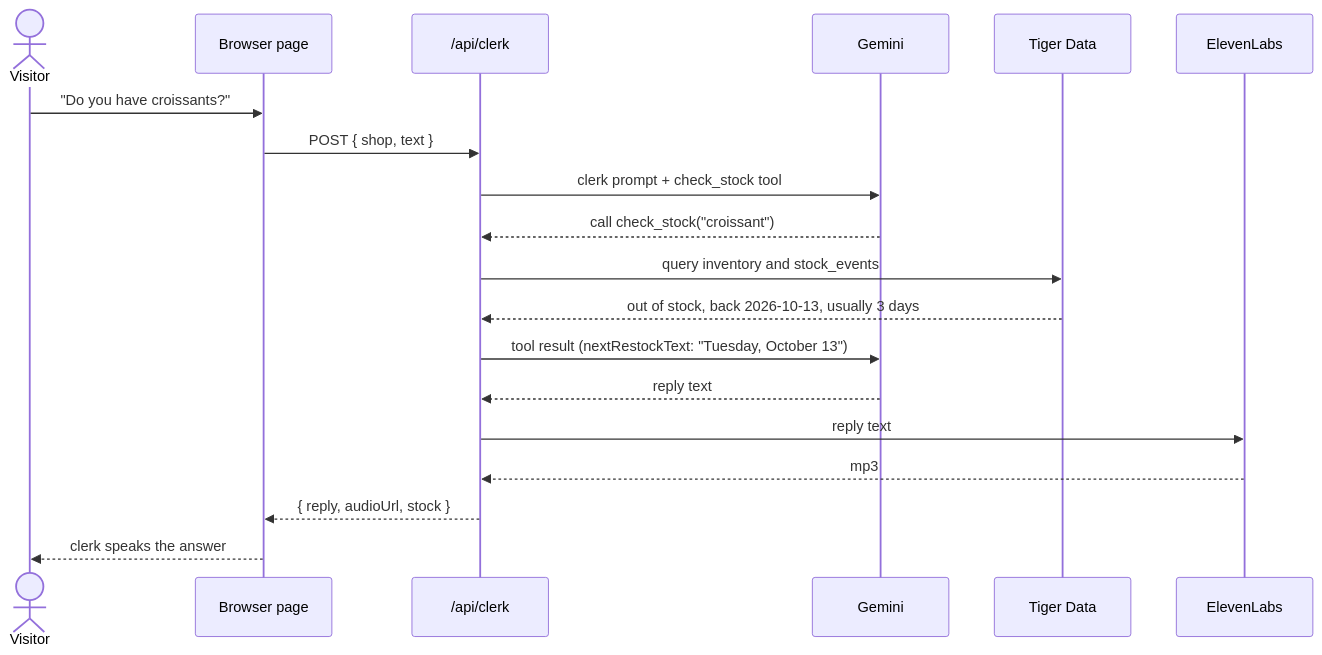
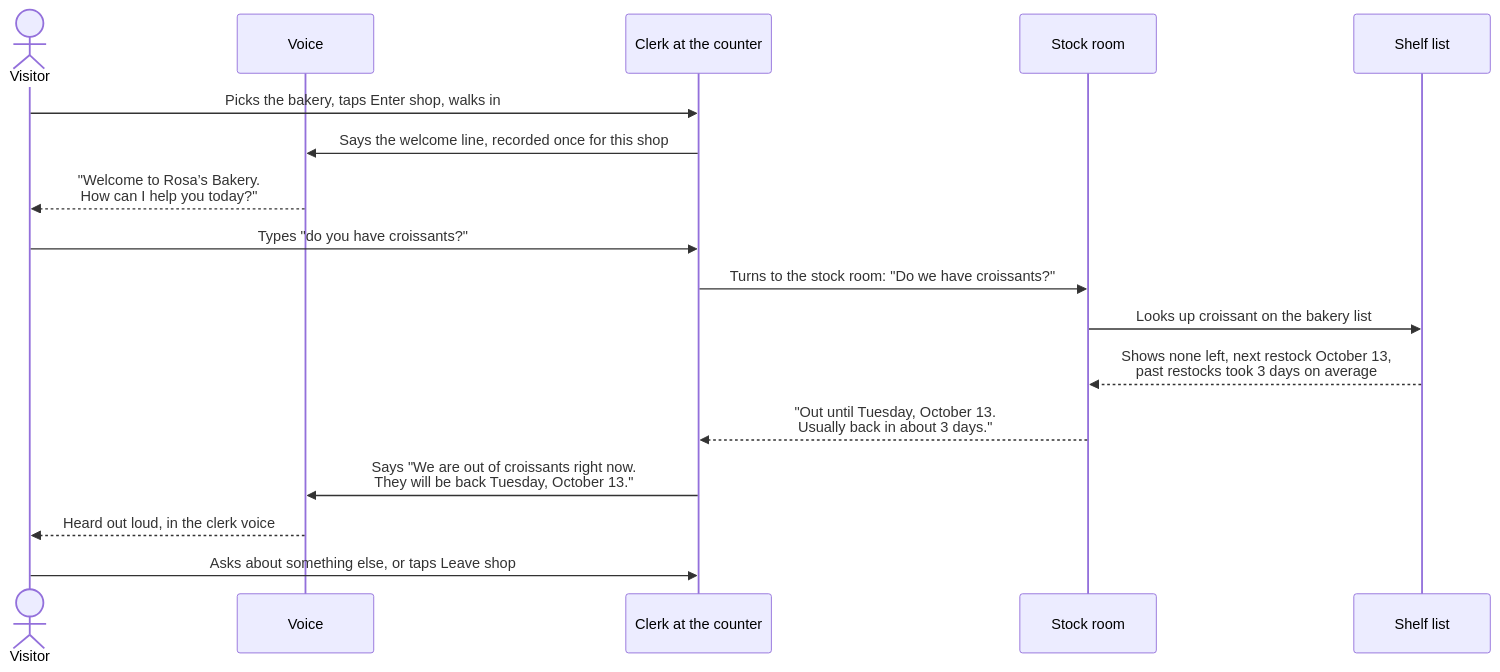
The first of 3 diagrams in docs/sequence.md (SergioB03/Peripie), drawn with Mermaid before and after one commit. The commit also changed other lines of this file and 4 other files, not shown here.

First line of the commit message:
Docs: the four diagrams retold as people and places, verified against the code

````diff
--- a/docs/sequence.md
+++ b/docs/sequence.md
@@ -5,21 +9,19 @@
 ```mermaid
 sequenceDiagram
-    actor Visitor
-    participant Page as Browser page
-    participant API as /api/clerk
-    participant Gemini
-    participant DB as Tiger Data
-    participant Voice as ElevenLabs
-    Visitor->>Page: "Do you have croissants?"
-    Page->>API: POST { shop, text }
-    API->>Gemini: clerk prompt + check_stock tool
-    Gemini-->>API: call check_stock("croissant")
-    API->>DB: query inventory and stock_events
-    DB-->>API: out of stock, back 2026-10-13, usually 3 days
-    API->>Gemini: tool result (nextRestockText: "Tuesday, October 13")
-    Gemini-->>API: reply text
-    API->>Voice: reply text
-    Voice-->>API: mp3
-    API-->>Page: { reply, audioUrl, stock }
-    Page-->>Visitor: clerk speaks the answer
+    actor V as Visitor
+    participant Vo as Voice
+    participant C as Clerk at the counter
+    participant S as Stock room
+    participant L as Shelf list
+    V->>C: Picks the bakery, taps Enter shop, walks in
+    C->>Vo: Says the welcome line, recorded once for this shop
+    Vo-->>V: "Welcome to Rosa’s Bakery.<br/>How can I help you today?"
+    V->>C: Types "do you have croissants?"
+    C->>S: Turns to the stock room: "Do we have croissants?"
+    S->>L: Looks up croissant on the bakery list
+    L-->>S: Shows none left, next restock October 13,<br/>past restocks took 3 days on average
+    S-->>C: "Out until Tuesday, October 13.<br/>Usually back in about 3 days."
+    C->>Vo: Says "We are out of croissants right now.<br/>They will be back Tuesday, October 13."
+    Vo-->>V: Heard out loud, in the clerk voice
+    V->>C: Asks about something else, or taps Leave shop
 ```
````
